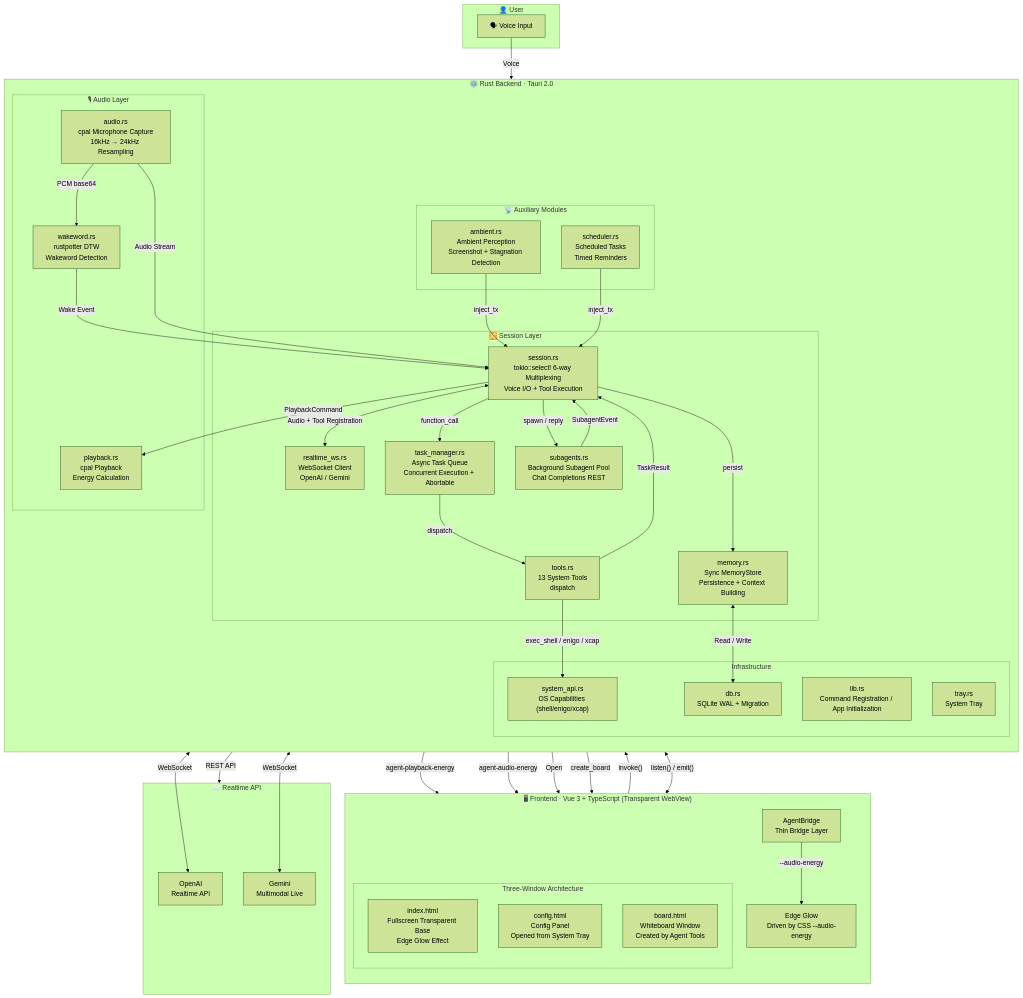
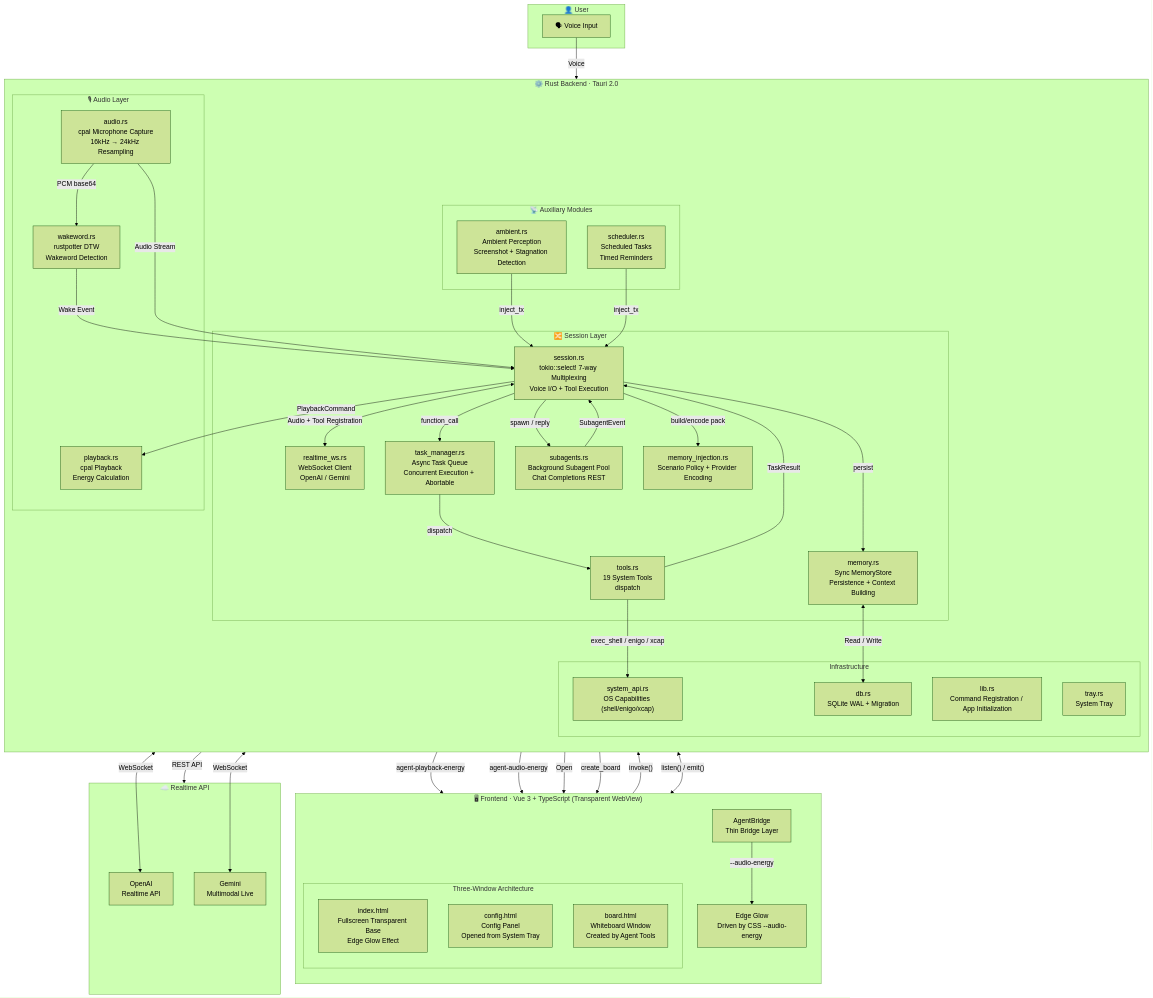
Before and after one commit to open-agent3/agent3: the diagram in docs/ARCHITECTURE.md, drawn with Mermaid (forest theme). The commit also changed other lines of this file, not shown here.

Commit message:
fix: update architecture documentation for tech stack and session layer enhancements

```diff
--- a/docs/ARCHITECTURE.md
+++ b/docs/ARCHITECTURE.md
@@ -54,11 +54,12 @@
         end
 
         subgraph SESSION["🔀 Session Layer"]
-            SessionRS["session.rs<br/>tokio::select! 6-way Multiplexing<br/>Voice I/O + Tool Execution"]
+          SessionRS["session.rs<br/>tokio::select! 7-way Multiplexing<br/>Voice I/O + Tool Execution"]
             WS["realtime_ws.rs<br/>WebSocket Client<br/>OpenAI / Gemini"]
             TaskMgr["task_manager.rs<br/>Async Task Queue<br/>Concurrent Execution + Abortable"]
             SubagentMgr["subagents.rs<br/>Background Subagent Pool<br/>Chat Completions REST"]
-            Tools["tools.rs<br/>13 System Tools<br/>dispatch"]
+          Tools["tools.rs<br/>19 System Tools<br/>dispatch"]
+          MemInject["memory_injection.rs<br/>Scenario Policy + Provider Encoding"]
             Memory["memory.rs<br/>Sync MemoryStore<br/>Persistence + Context Building"]
         end
 
@@ -96,6 +97,7 @@
     SubagentMgr -->|REST API| CLOUD
 
     SessionRS -->|persist| Memory
+    SessionRS -->|build/encode pack| MemInject
     Memory <-->|Read / Write| DB
 
     Ambient -->|inject_tx| SessionRS
```
